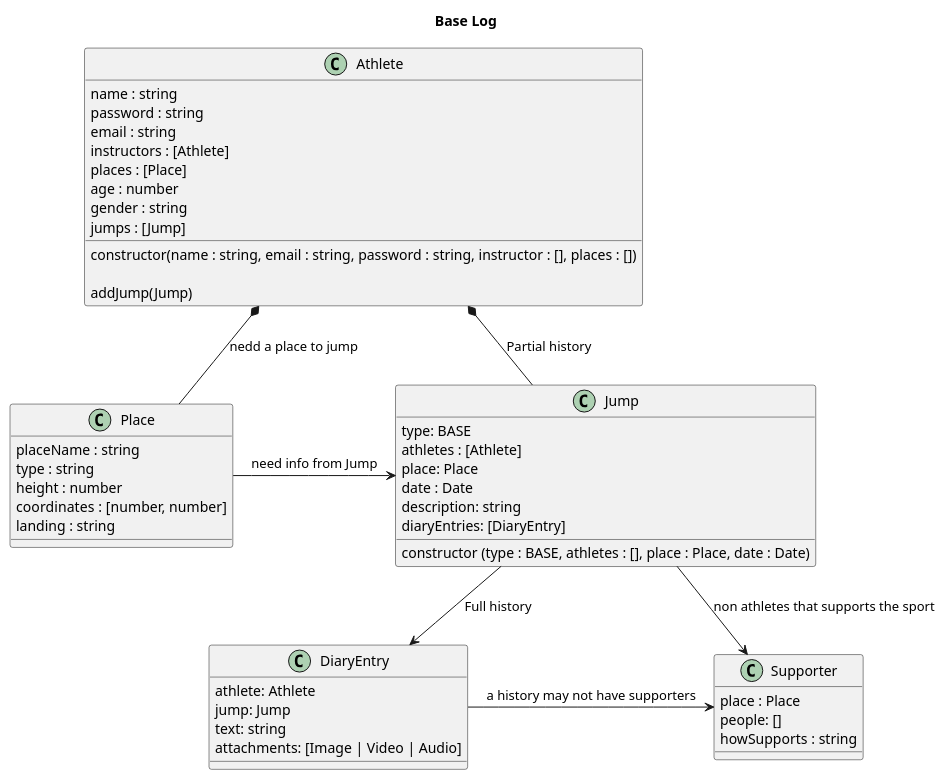
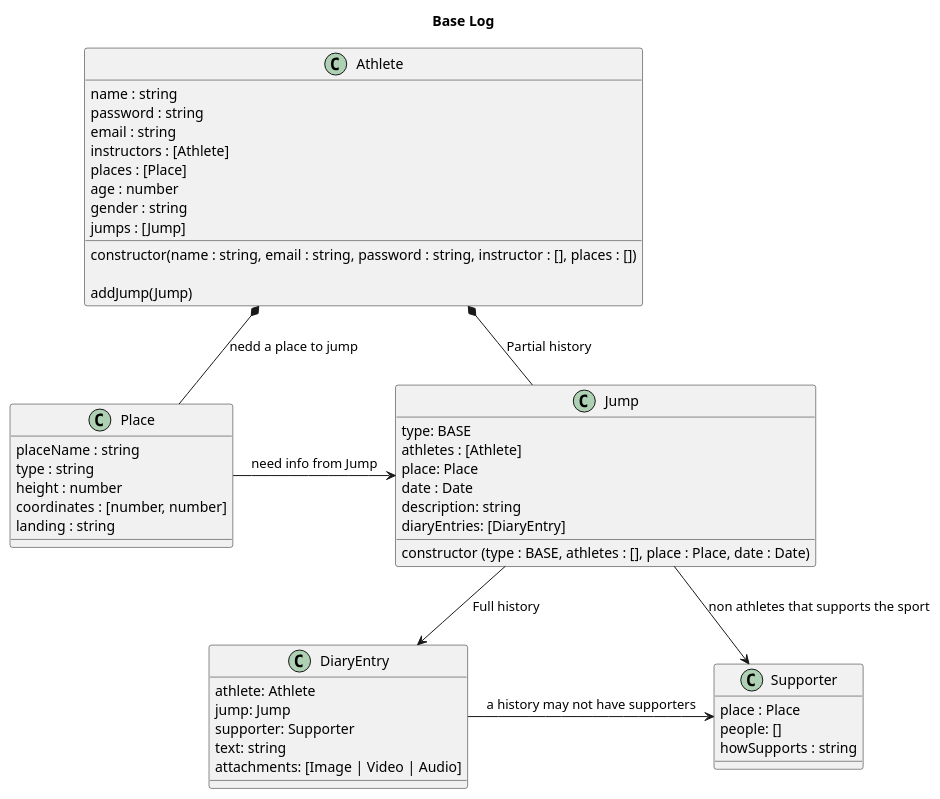
The diagram in architecture/class.puml (discombobulateme/webdoc), drawn with PlantUML before and after one commit.

Commit message:
Add supporter in DiaryEntry class

```diff
--- a/architecture/class.puml
+++ b/architecture/class.puml
@@ -1,66 +1,67 @@
 @startuml Base Log
 Title Base Log
 
 class Athlete {
 name : string
 password : string
 email : string
 instructors : [Athlete]
 places : [Place]
 age : number
 gender : string
 jumps : [Jump]
 
 constructor(name : string, email : string, password : string, instructor : [], places : [])
 
 addJump(Jump)
 ' Verify: if that place exists
 ' Verify: if you are linked in date and place with a Jump
 }
 class Jump {
 type: BASE
 athletes : [Athlete]
 place: Place
 date : Date
 ' this is a sinopse
 description: string
 diaryEntries: [DiaryEntry]
 
 constructor (type : BASE, athletes : [], place : Place, date : Date)
 }
 class DiaryEntry {
   athlete: Athlete
   jump: Jump
+  supporter: Supporter
   ' this is the full history text
   text: string
   attachments: [Image | Video | Audio]
 }
 
 class Place {
 placeName : string
 type : string
 height : number
 coordinates : [number, number]
 landing : string
 }
 
 'non Athletes that supports the sport
 class Supporter {
 place : Place
 people: []
 howSupports : string
 }
 
 ' Head *- Hand : composition
 ' Parent o-- IndependentChild : agregation
 ' Need --> Use : association
 
 Athlete *-- Place : nedd a place to jump
 Athlete *-- Jump : Partial history
 
 Place -> Jump : need info from Jump
 Jump --> DiaryEntry : Full history
 Jump -> Supporter : non athletes that supports the sport
 DiaryEntry -> Supporter : a history may not have supporters
 
 @enduml
```
